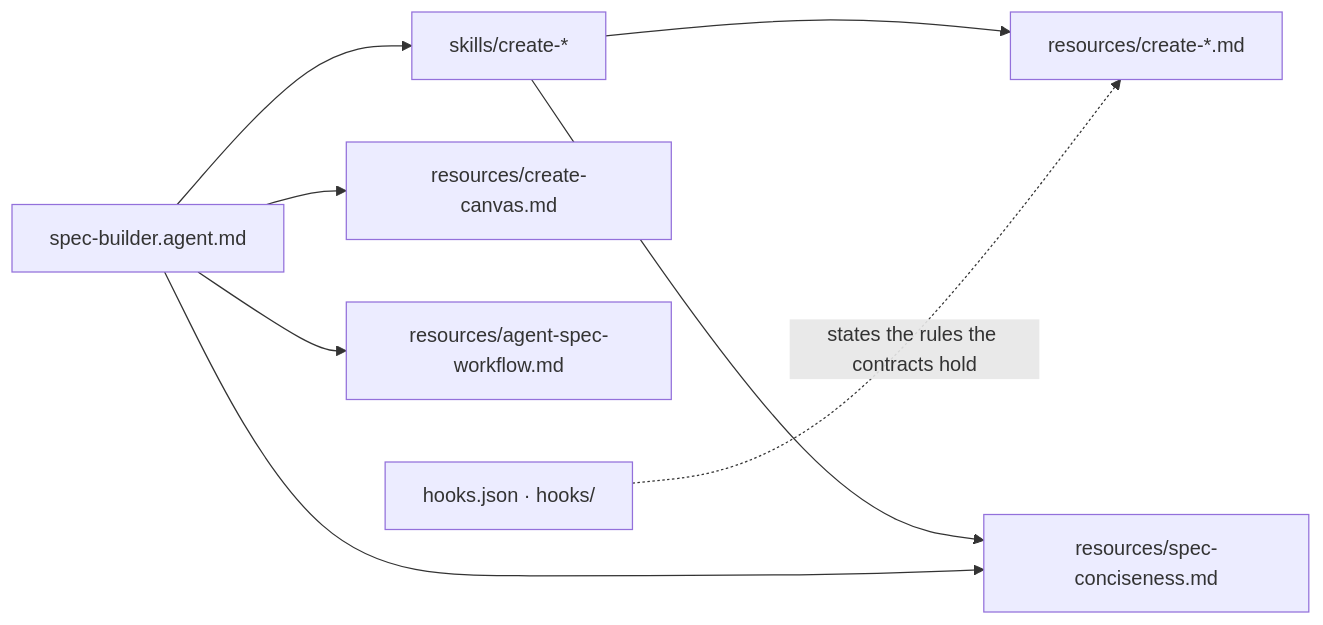
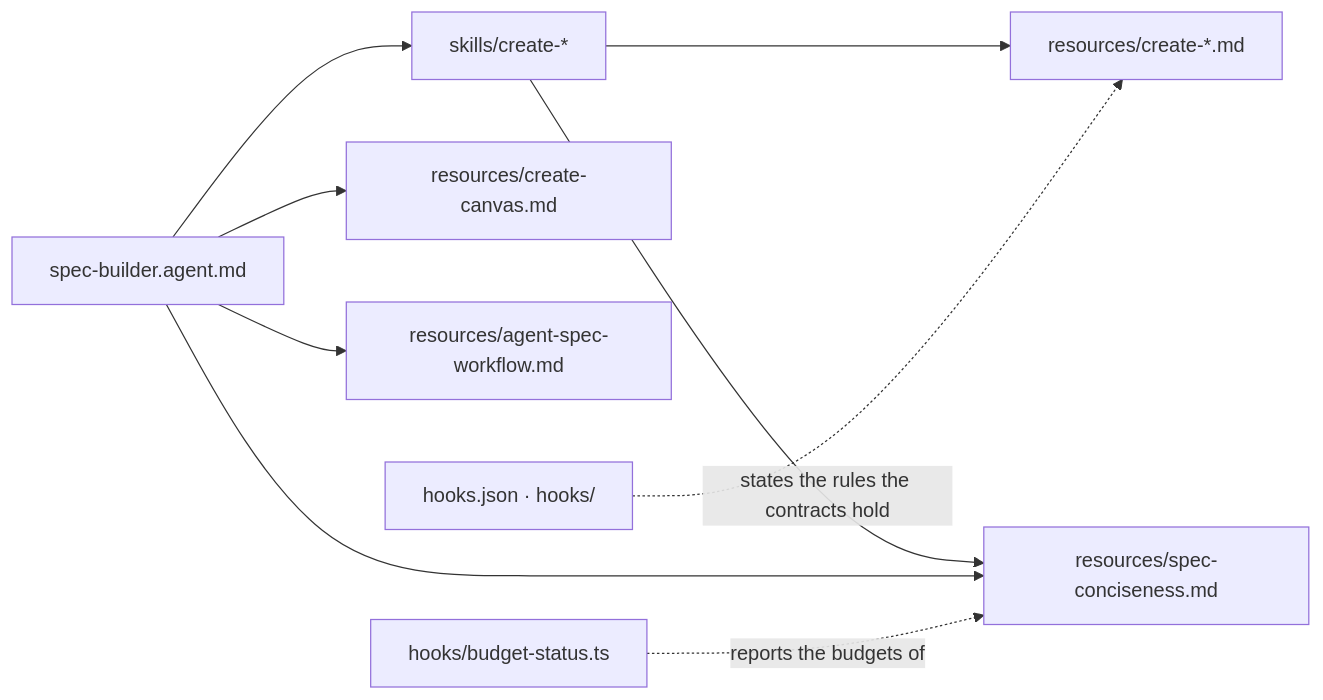
The diagram in .devbook/arc42/building-blocks/spec-builder.md (JSdotNet/ai-plugins), drawn with Mermaid before and after one commit. The commit also changed other lines of this file and 11 other files, not shown here.

First line of the commit message:
feat(spec-builder): show body budgets in the Claude status line

````diff
--- a/.devbook/arc42/building-blocks/spec-builder.md
+++ b/.devbook/arc42/building-blocks/spec-builder.md
@@ -61,10 +68,11 @@
 ```mermaid
 flowchart LR
     agent[spec-builder.agent.md] --> skills[skills/create-*]
     agent --> canvas[resources/create-canvas.md]
     agent --> workflow[resources/agent-spec-workflow.md]
     skills --> contracts[resources/create-*.md]
     skills --> concise[resources/spec-conciseness.md]
     agent --> concise
     hook[hooks.json · hooks/] -. states the rules the contracts hold .-> contracts
+    budget[hooks/budget-status.ts] -. reports the budgets of .-> concise
 ```
````
